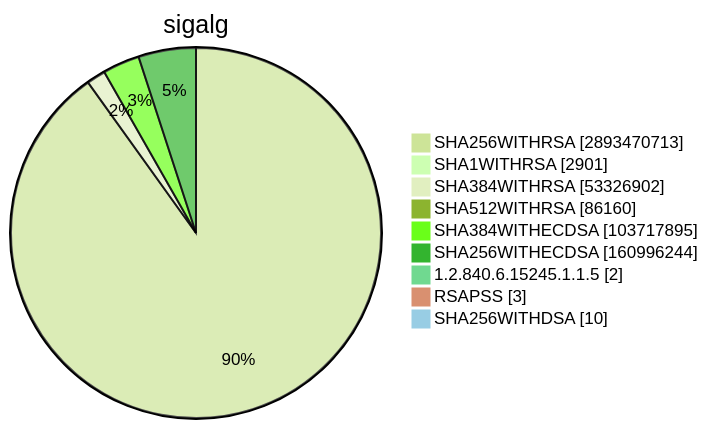
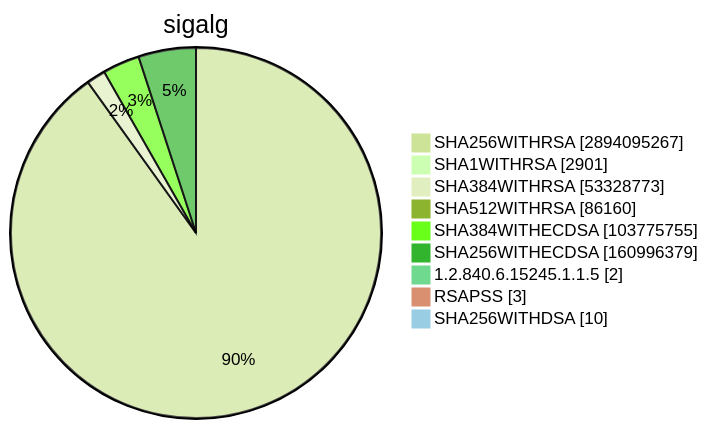
Diagram 15 of 15 in TOTAL/README.md (christiankrug/ctmonitor_visualization), drawn with Mermaid (forest theme) before and after one commit. The commit also changed other lines of this file, not shown here.

````diff
--- a/TOTAL/README.md
+++ b/TOTAL/README.md
@@ -6207,13 +6207,13 @@
 ```mermaid
 pie showData
 title sigalg
-"SHA256WITHRSA" :2893470713
+"SHA256WITHRSA" :2894095267
 "SHA1WITHRSA" :2901
-"SHA384WITHRSA" :53326902
+"SHA384WITHRSA" :53328773
 "SHA512WITHRSA" :86160
-"SHA384WITHECDSA" :103717895
-"SHA256WITHECDSA" :160996244
+"SHA384WITHECDSA" :103775755
+"SHA256WITHECDSA" :160996379
 "1.2.840.6.15245.1.1.5" :2
 "RSAPSS" :3
 "SHA256WITHDSA" :10
 ```
````
